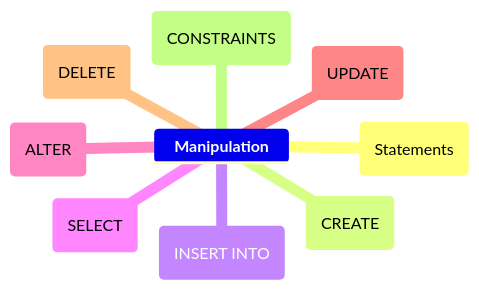
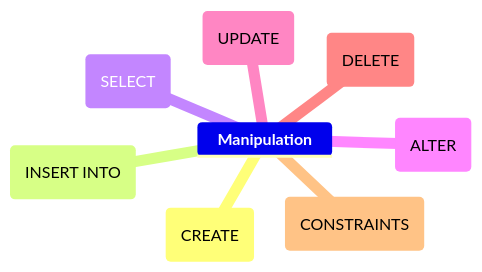
One commit to MarvinSilcGit/Learning changed the second of 2 diagrams in SQLite/README.md. Above: the diagram before and after it, drawn with Mermaid.

````diff
--- a/SQLite/README.md
+++ b/SQLite/README.md
@@ -21,12 +21,11 @@
 ```mermaid
 mindmap
 	**Manipulation**
-		(Statements)
 		(CREATE)
 		(INSERT INTO)
 		(SELECT)
 		(ALTER)
 		(UPDATE)
 		(DELETE)
 		(CONSTRAINTS)
 ```
````
